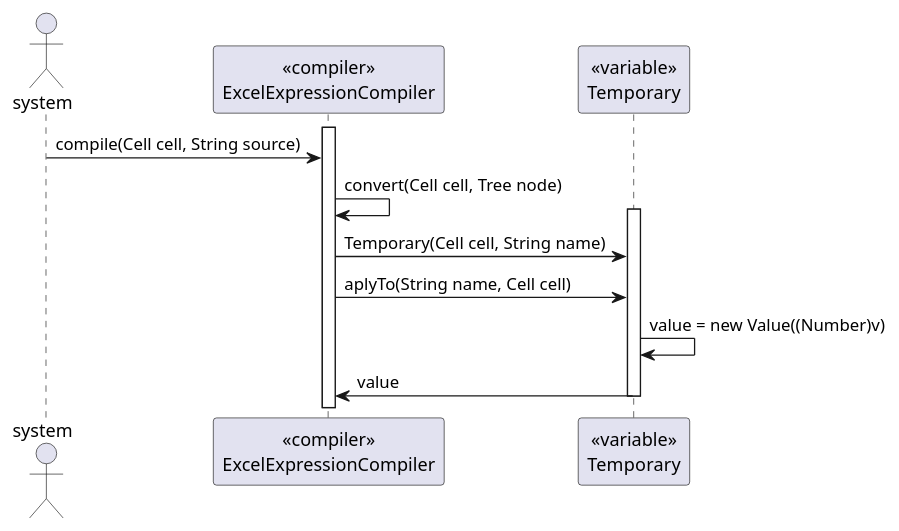
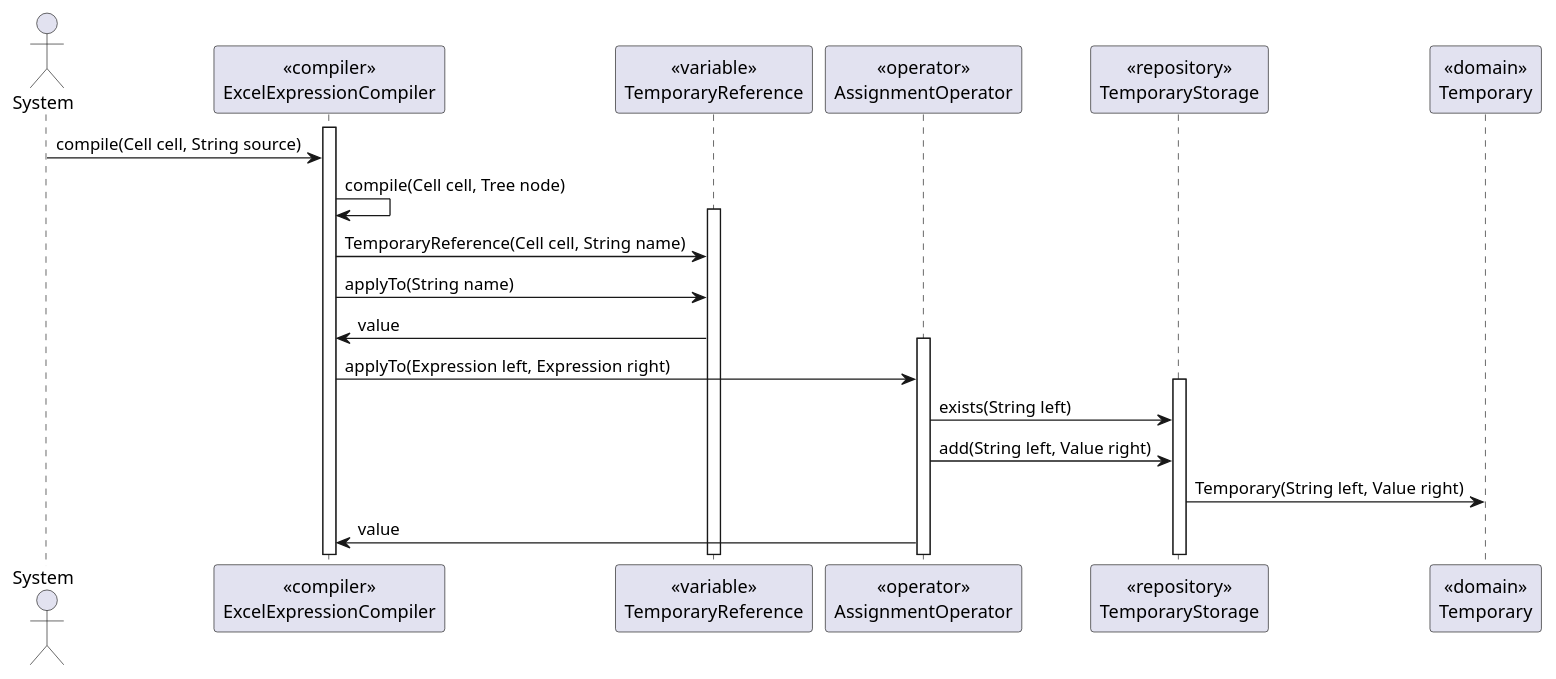
The diagram in src/main/java/lapr4/blue/s1/lang/n1140953/variables/sequence_diagram_variables.puml (PeFerreira98/ISEP.Lic.LAPR4_2017), drawn with PlantUML before and after one commit. The commit also changed 1 other file, not shown here.

```diff
--- a/src/main/java/lapr4/blue/s1/lang/n1140953/variables/sequence_diagram_variables.puml
+++ b/src/main/java/lapr4/blue/s1/lang/n1140953/variables/sequence_diagram_variables.puml
@@ -1,14 +1,28 @@
 @startuml
-actor system
+actor System
 participant "<<compiler>>\nExcelExpressionCompiler" as Compiler
-participant "<<variable>>\nTemporary" as Variable
+participant "<<variable>>\nTemporaryReference" as Variable
+participant "<<operator>>\nAssignmentOperator" as Operator
+participant "<<repository>>\nTemporaryStorage" as Repository
+participant "<<domain>>\nTemporary" as Domain
+
 activate Compiler
-system-> Compiler :compile(Cell cell, String source)
-Compiler->Compiler:convert(Cell cell, Tree node)
+System-> Compiler : compile(Cell cell, String source)
+Compiler->Compiler: compile(Cell cell, Tree node)
+
 activate Variable
-Compiler->Variable: Temporary(Cell cell, String name)
-Compiler->Variable:aplyTo(String name, Cell cell)
-Variable->Variable:value = new Value((Number)v)
-Variable->Compiler:value
-deactivate Variable
+Compiler->Variable: TemporaryReference(Cell cell, String name)
+Compiler->Variable: applyTo(String name)
+Variable->Compiler: value
+
+activate Operator
+Compiler->Operator: applyTo(Expression left, Expression right)
+
+activate Repository
+Operator->Repository: exists(String left)
+Operator->Repository: add(String left, Value right)
+Repository->Domain: Temporary(String left, Value right)
+
+Operator->Compiler: value
+
 @enduml
```
